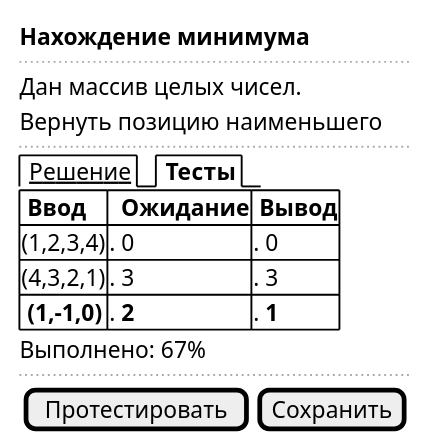
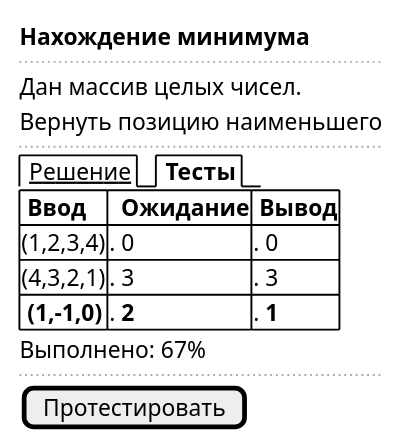
Before and after one commit to Daemon712/foobarbaz-backend: the diagram in design/ui/challenge_solve.puml, drawn with PlantUML. The commit also changed 2 other files, not shown here.

```diff
--- a/design/ui/challenge_solve.puml
+++ b/design/ui/challenge_solve.puml
@@ -1,20 +1,20 @@
 @startuml
 salt
 {
     <b>Нахождение минимума
     ..
     Дан массив целых чисел.
     Вернуть позицию наименьшего
     ..
     {/ <u> Решение | <b> Тесты }
     {#
         <b> Ввод     |<b>  Ожидание|<b> Вывод
         (1,2,3,4)    |. 0          |. 0
         (4,3,2,1)    |. 3          |. 3
         <b> (1,-1,0) |. <b>2       |. <b>1
     }
     Выполнено: 67%
     ..
-    {[Протестировать]|[Сохранить]}
+    [Протестировать]
 }
 @enduml
```
